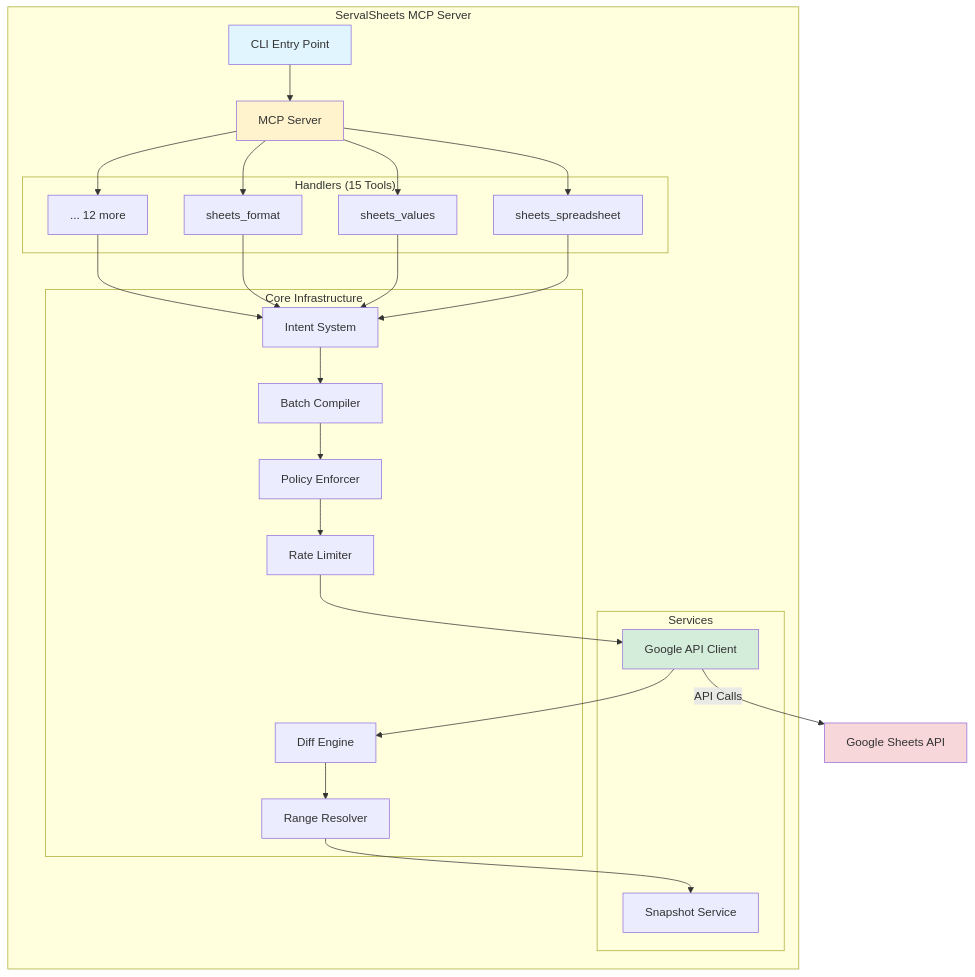
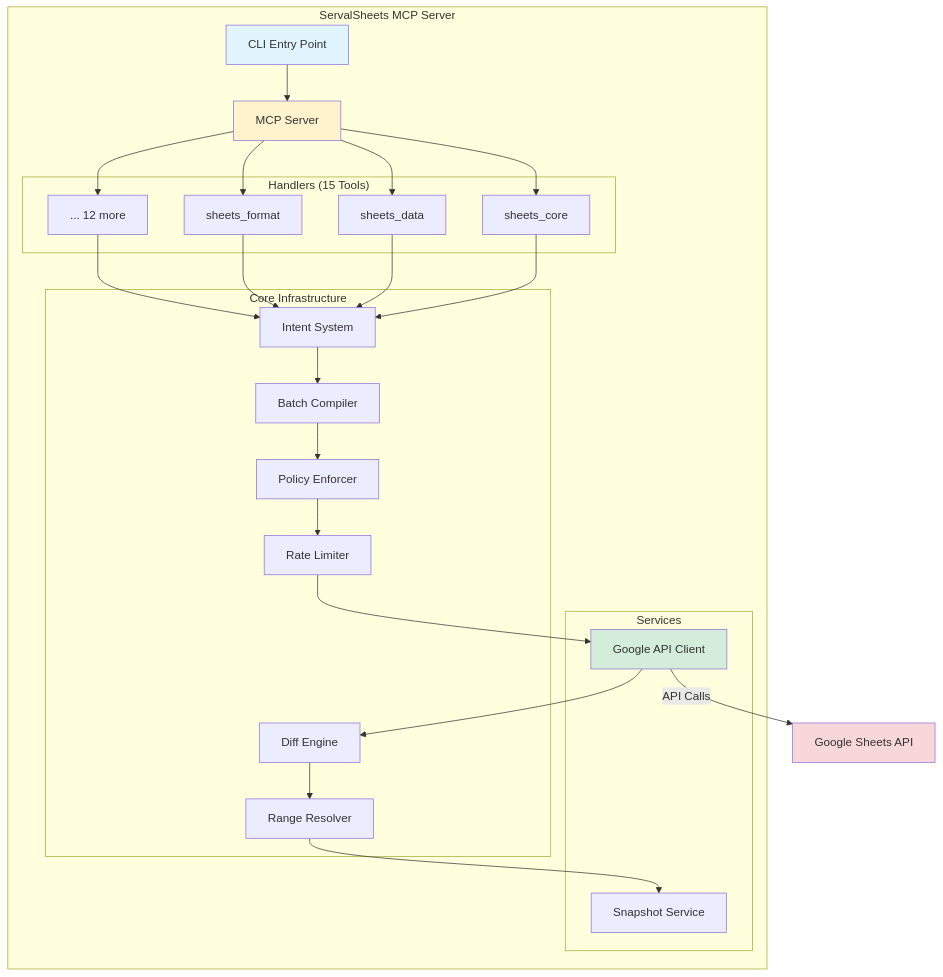
The second of 2 diagrams in README.md (khill1269/servalsheets), drawn with Mermaid before and after one commit. The commit also changed other lines of this file and 1219 other files, not shown here.

````diff
--- a/README.md
+++ b/README.md
@@ -929,46 +918,46 @@
 ```mermaid
 graph TB
     subgraph "ServalSheets MCP Server"
         CLI[CLI Entry Point]
         MCP[MCP Server]
 
         subgraph "Handlers (15 Tools)"
-            H1[sheets_spreadsheet]
-            H2[sheets_values]
+            H1[sheets_core]
+            H2[sheets_data]
             H3[sheets_format]
             H4[... 12 more]
         end
 
         subgraph "Core Infrastructure"
             Intent[Intent System]
             Compiler[Batch Compiler]
             RateLimit[Rate Limiter]
             Diff[Diff Engine]
             Policy[Policy Enforcer]
             Range[Range Resolver]
         end
 
         subgraph "Services"
             GoogleAPI[Google API Client]
             Snapshot[Snapshot Service]
         end
 
         CLI --> MCP
         MCP --> H1 & H2 & H3 & H4
         H1 & H2 & H3 & H4 --> Intent
         Intent --> Compiler
         Compiler --> Policy
         Policy --> RateLimit
         RateLimit --> GoogleAPI
         GoogleAPI --> Diff
         Diff --> Range
         Range --> Snapshot
     end
 
     GoogleAPI -->|API Calls| Google[Google Sheets API]
 
     style CLI fill:#e1f5ff
     style MCP fill:#fff3cd
     style GoogleAPI fill:#d4edda
     style Google fill:#f8d7da
 ```
````
